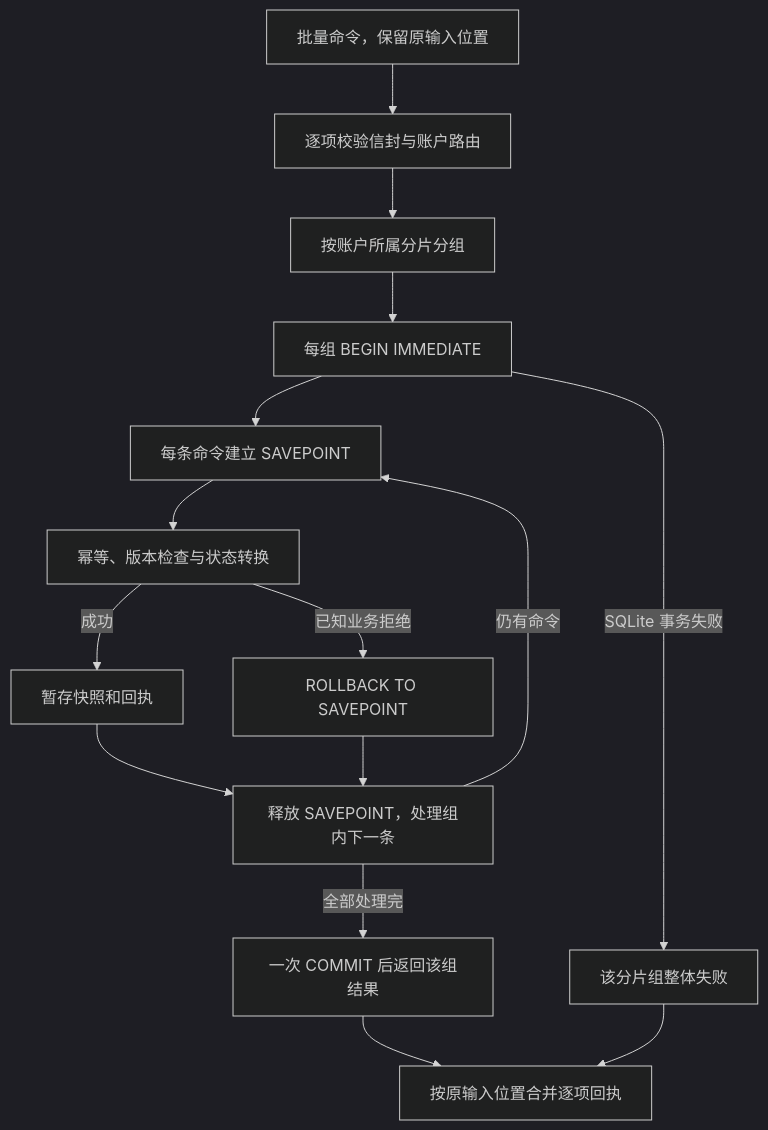
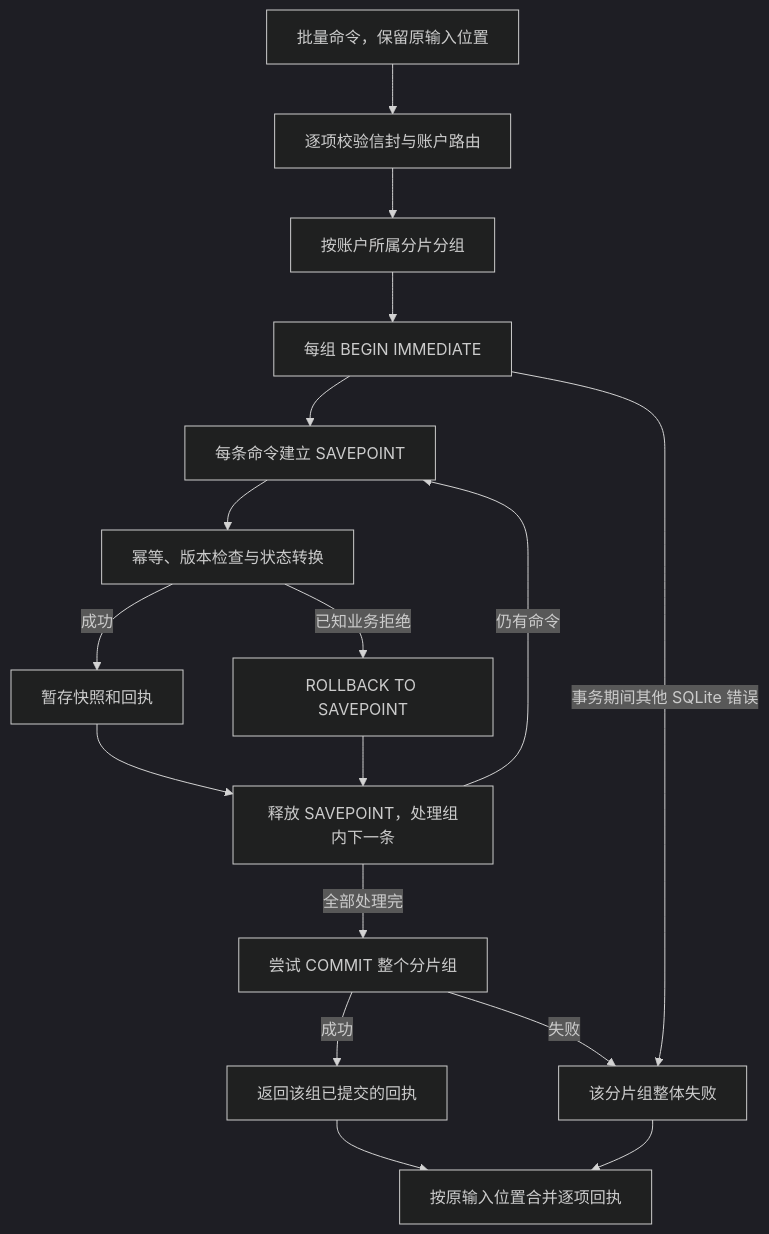
The third of 3 diagrams in docs/architecture.md (PureGamma-Harness/uta-unified-account), drawn with Mermaid (dark theme) before and after one commit. The commit also changed other lines of this file and 2 other files, not shown here.

First line of the commit message:
test: verify SQLite commit failure rollback and idempotent recovery

````diff
--- a/docs/architecture.md
+++ b/docs/architecture.md
@@ -85,17 +93,19 @@
 ```mermaid
 flowchart TD
     Batch["批量命令，保留原输入位置"] --> Prepare["逐项校验信封与账户路由"]
     Prepare --> Group["按账户所属分片分组"]
     Group --> Begin["每组 BEGIN IMMEDIATE"]
     Begin --> Save["每条命令建立 SAVEPOINT"]
     Save --> Apply["幂等、版本检查与状态转换"]
     Apply -->|成功| Write["暂存快照和回执"]
     Apply -->|已知业务拒绝| Undo["ROLLBACK TO SAVEPOINT"]
     Write --> Release["释放 SAVEPOINT，处理组内下一条"]
     Undo --> Release
     Release -->|仍有命令| Save
-    Release -->|全部处理完| Commit["一次 COMMIT 后返回该组结果"]
-    Begin -->|SQLite 事务失败| Fail["该分片组整体失败"]
-    Commit --> Merge["按原输入位置合并逐项回执"]
+    Release -->|全部处理完| Commit["尝试 COMMIT 整个分片组"]
+    Commit -->|成功| Success["返回该组已提交的回执"]
+    Commit -->|失败| Fail["该分片组整体失败"]
+    Begin -->|事务期间其他 SQLite 错误| Fail
+    Success --> Merge["按原输入位置合并逐项回执"]
     Fail --> Merge
 ```
````
